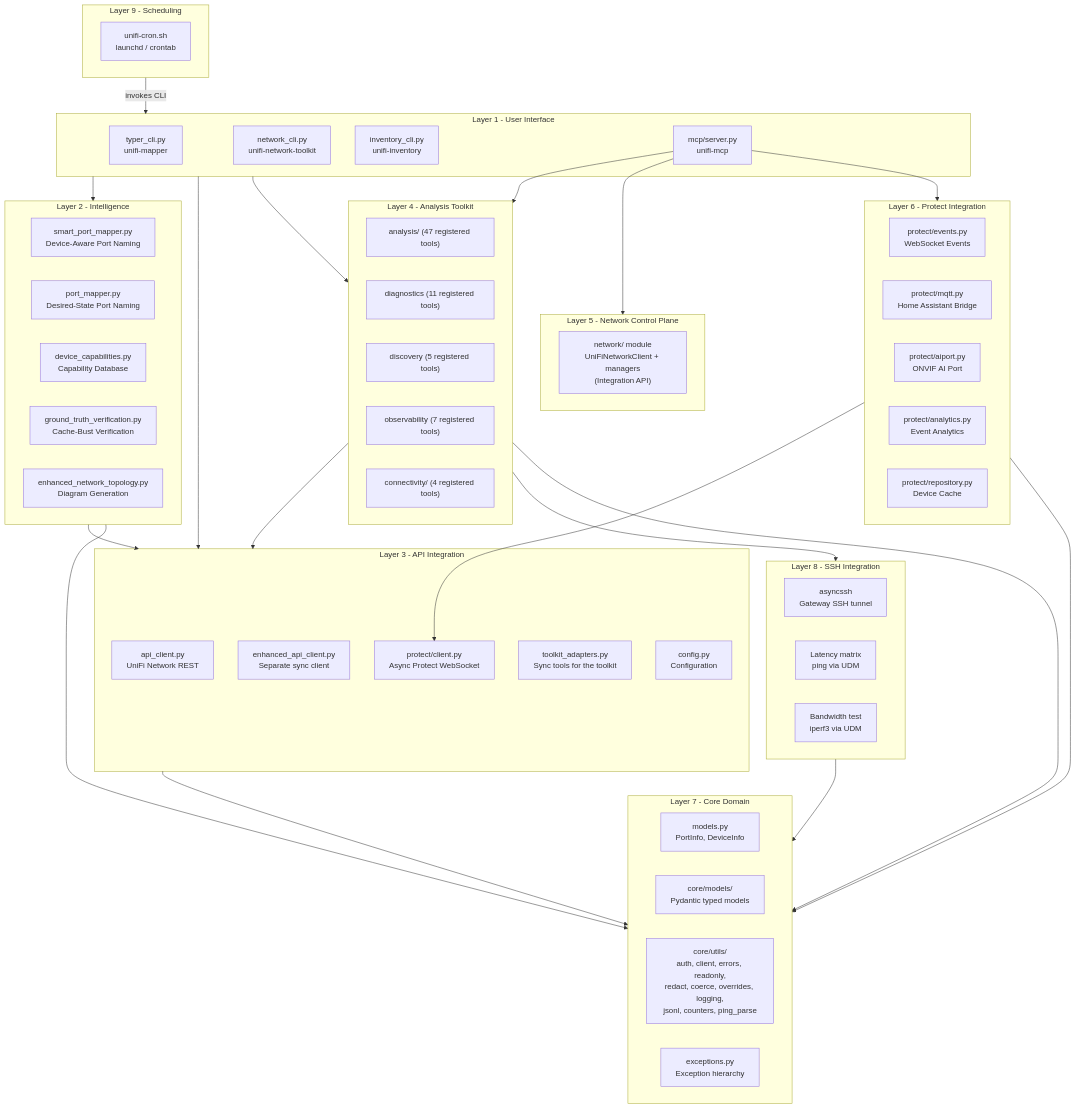
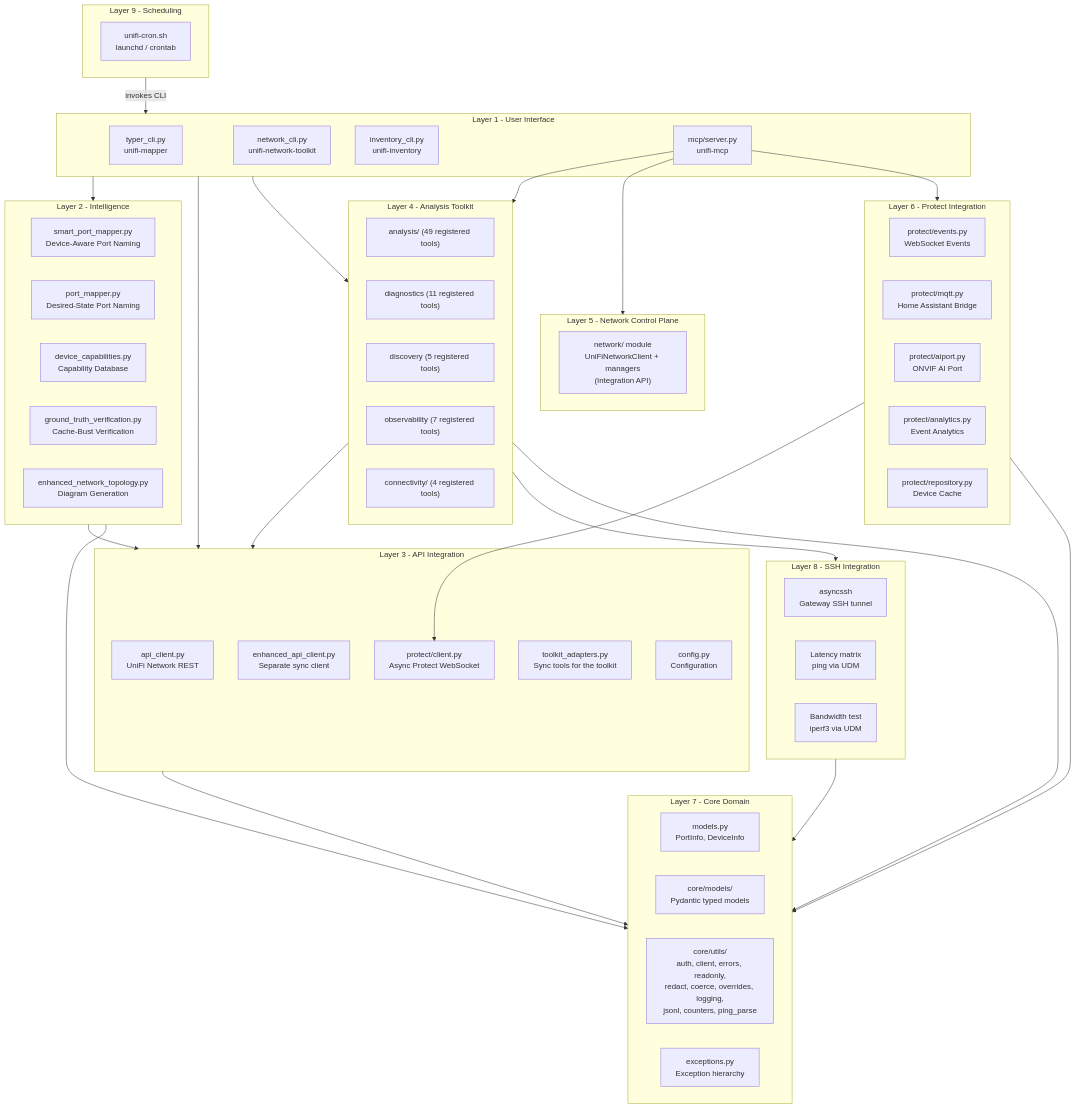
The first of 21 diagrams in docs/architecture/architecture-overview.md (NetDevAutomate/unifi_management_cli), drawn with Mermaid before and after one commit. The commit also changed other lines of this file and 19 other files, not shown here.

````diff
--- a/docs/architecture/architecture-overview.md
+++ b/docs/architecture/architecture-overview.md
@@ -55,79 +55,79 @@
 ```mermaid
 graph TB
     subgraph UI["Layer 1 - User Interface"]
         TC["typer_cli.py\nunifi-mapper"]
         NC["network_cli.py\nunifi-network-toolkit"]
         IC["inventory_cli.py\nunifi-inventory"]
         MCP["mcp/server.py\nunifi-mcp"]
     end
 
     subgraph SCHED["Layer 9 - Scheduling"]
         CRON["unifi-cron.sh\nlaunchd / crontab"]
     end
 
     subgraph INT["Layer 2 - Intelligence"]
         SPM["smart_port_mapper.py\nDevice-Aware Port Naming"]
         PM["port_mapper.py\nDesired-State Port Naming"]
         DC["device_capabilities.py\nCapability Database"]
         GTV["ground_truth_verification.py\nCache-Bust Verification"]
         NT["enhanced_network_topology.py\nDiagram Generation"]
     end
 
     subgraph API["Layer 3 - API Integration"]
         AC["api_client.py\nUniFi Network REST"]
         EAC["enhanced_api_client.py\nSeparate sync client"]
         PC["protect/client.py\nAsync Protect WebSocket"]
         TA["toolkit_adapters.py\nSync tools for the toolkit"]
         CFG["config.py\nConfiguration"]
     end
 
     subgraph AT["Layer 4 - Analysis Toolkit"]
-        AN["analysis/ (47 registered tools)"]
+        AN["analysis/ (49 registered tools)"]
         DG["diagnostics (11 registered tools)"]
         DS["discovery (5 registered tools)"]
         OB["observability (7 registered tools)"]
         CN["connectivity/ (4 registered tools)"]
     end
 
     subgraph SSH["Layer 8 - SSH Integration"]
         SSHL["asyncssh\nGateway SSH tunnel"]
         PING["Latency matrix\nping via UDM"]
         IPERF["Bandwidth test\niperf3 via UDM"]
     end
 
     subgraph NCP["Layer 5 - Network Control Plane"]
         NW["network/ module\nUniFiNetworkClient + managers\n(Integration API)"]
     end
 
     subgraph PR["Layer 6 - Protect Integration"]
         PE["protect/events.py\nWebSocket Events"]
         PQ["protect/mqtt.py\nHome Assistant Bridge"]
         PAI["protect/aiport.py\nONVIF AI Port"]
         PAN["protect/analytics.py\nEvent Analytics"]
         PRE["protect/repository.py\nDevice Cache"]
     end
 
     subgraph CD["Layer 7 - Core Domain"]
         MD["models.py\nPortInfo, DeviceInfo"]
         CM["core/models/\nPydantic typed models"]
         CU["core/utils/\nauth, client, errors, readonly,\nredact, coerce, overrides, logging,\njsonl, counters, ping_parse"]
         EX["exceptions.py\nException hierarchy"]
     end
 
     SCHED -->|"invokes CLI"| UI
     UI --> INT
     UI --> API
     UI --> AT
     INT --> API
     INT --> CD
     API --> CD
     AT --> API
     AT --> SSH
     AT --> CD
     PR --> PC
     PR --> CD
     MCP --> AT
     MCP --> NCP
     MCP --> PR
     SSH --> CD
 ```
````
